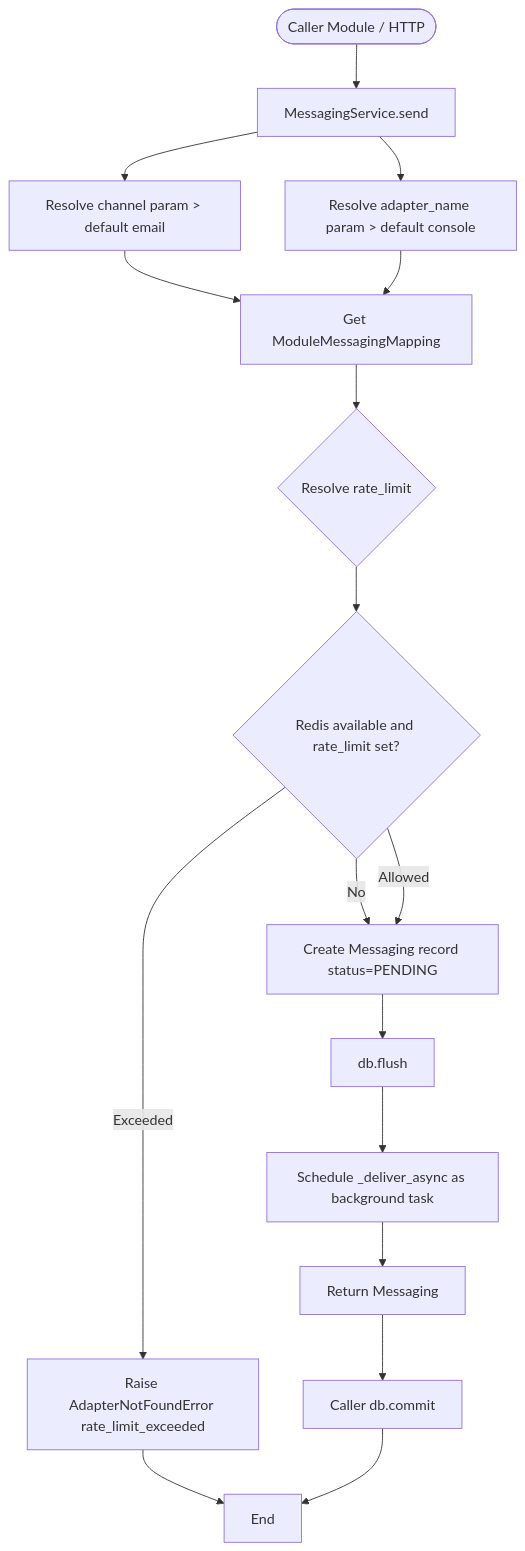
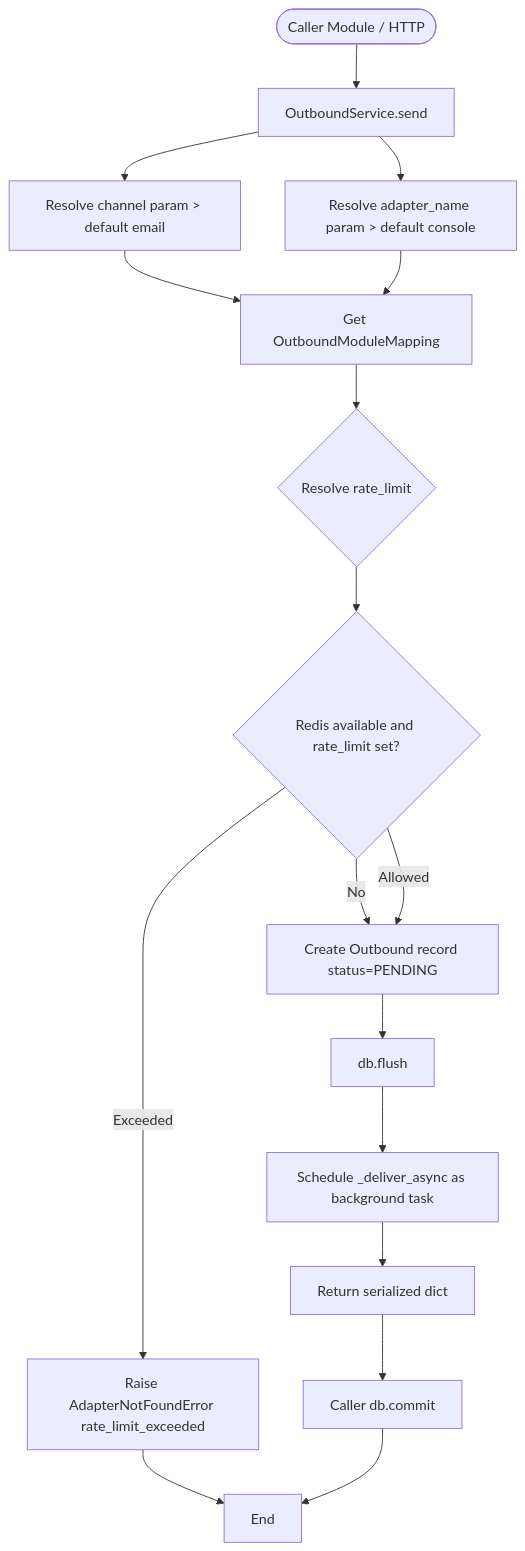
Before and after one commit to TNet-Tech/chacc_outbound: the second of 5 diagrams in README.md, drawn with Mermaid. The commit also changed other lines of this file and 5 other files, not shown here.

````diff
--- a/README.md
+++ b/README.md
@@ -298,19 +279,19 @@
 ```mermaid
 flowchart TD
-    Start([Caller Module / HTTP]) --> A[MessagingService.send]
+    Start([Caller Module / HTTP]) --> A[OutboundService.send]
     A --> B[Resolve channel param > default email]
     A --> C[Resolve adapter_name param > default console]
-    B --> D[Get ModuleMessagingMapping]
+    B --> D[Get OutboundModuleMapping]
     C --> D
     D --> E{Resolve rate_limit}
     E --> F{Redis available and rate_limit set?}
-    F -->|No| G[Create Messaging record status=PENDING]
+    F -->|No| G[Create Outbound record status=PENDING]
     F -->|Exceeded| Error1[Raise AdapterNotFoundError rate_limit_exceeded]
     F -->|Allowed| G
     G --> H[db.flush]
     H --> I[Schedule _deliver_async as background task]
-    I --> J[Return Messaging]
+    I --> J[Return serialized dict]
     J --> K[Caller db.commit]
     Error1 --> End
     K --> End
 ```
````
